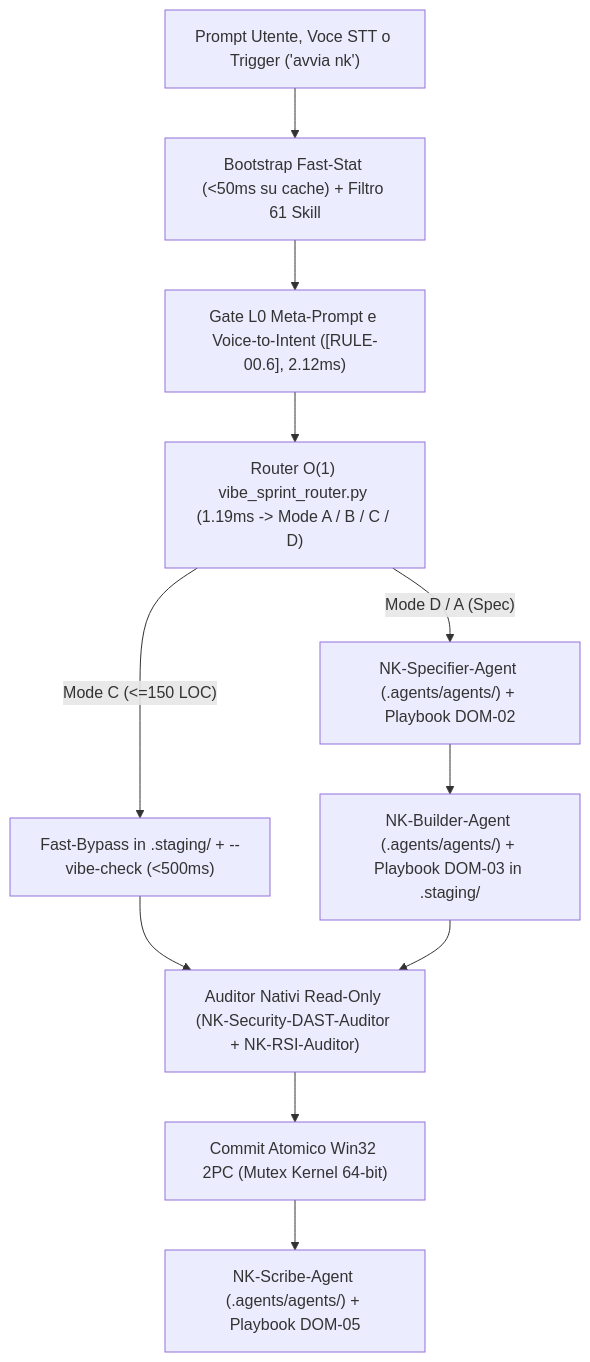
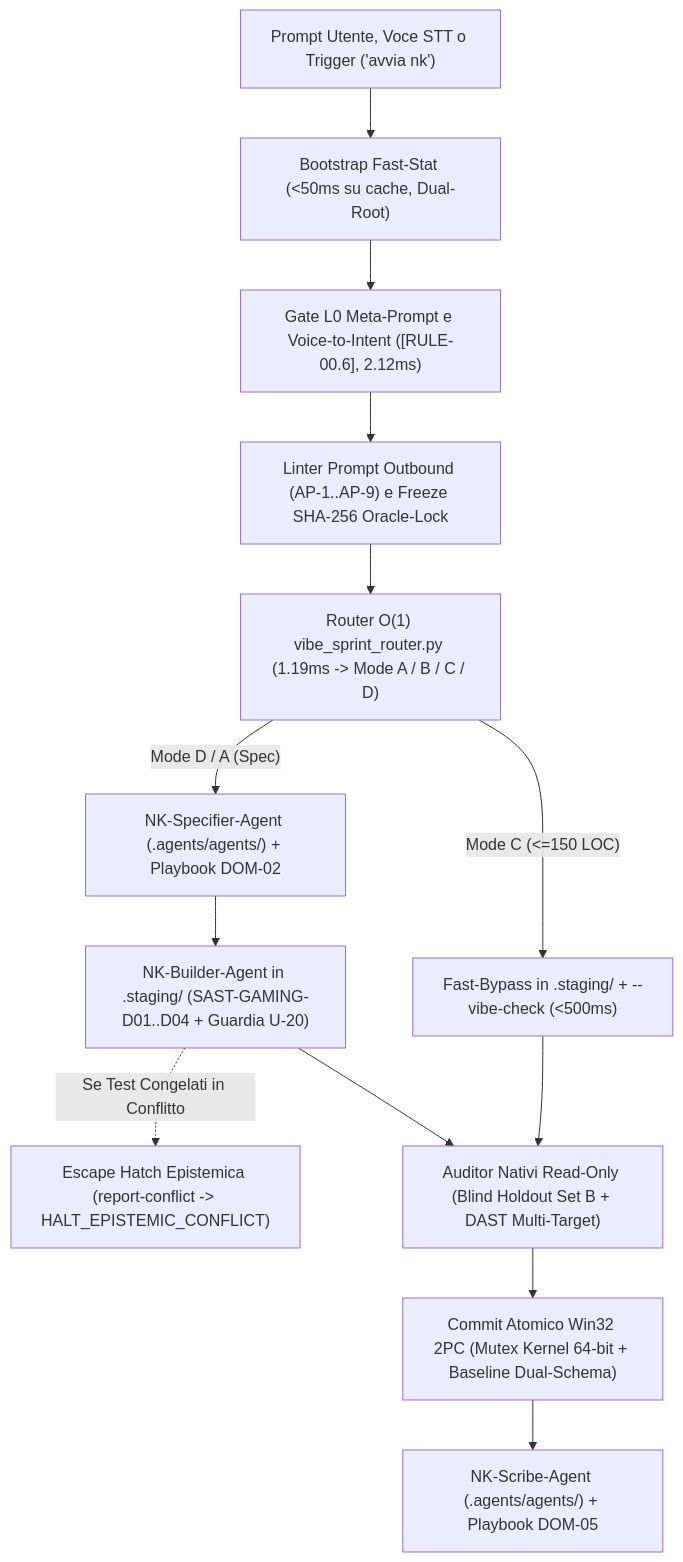
Before and after one commit to erbaldo86/NK-Hub: the first of 2 diagrams in README.it.md, drawn with Mermaid. The commit also changed other lines of this file and 46 other files, not shown here.

Commit message:
feat(hub): release v4.4.0-STE100-Unified Triad-RSI & Epistemic Honesty

````diff
--- a/README.it.md
+++ b/README.it.md
@@ -83,13 +109,15 @@
 ```mermaid
 flowchart TD
-    U["Prompt Utente, Voce STT o Trigger ('avvia nk')"] --> B["Bootstrap Fast-Stat (<50ms su cache) + Filtro 61 Skill"]
+    U["Prompt Utente, Voce STT o Trigger ('avvia nk')"] --> B["Bootstrap Fast-Stat (<50ms su cache, Dual-Root)"]
     B --> G0["Gate L0 Meta-Prompt e Voice-to-Intent ([RULE-00.6], 2.12ms)"]
-    G0 --> R["Router O(1) vibe_sprint_router.py (1.19ms -> Mode A / B / C / D)"]
+    G0 --> LINT["Linter Prompt Outbound (AP-1..AP-9) e Freeze SHA-256 Oracle-Lock"]
+    LINT --> R["Router O(1) vibe_sprint_router.py (1.19ms -> Mode A / B / C / D)"]
     R -->|"Mode C (<=150 LOC)"| FB["Fast-Bypass in .staging/ + --vibe-check (<500ms)"]
     R -->|"Mode D / A (Spec)"| A1["NK-Specifier-Agent (.agents/agents/) + Playbook DOM-02"]
-    A1 --> A2["NK-Builder-Agent (.agents/agents/) + Playbook DOM-03 in .staging/"]
-    FB --> A3["Auditor Nativi Read-Only (NK-Security-DAST-Auditor + NK-RSI-Auditor)"]
+    A1 --> A2["NK-Builder-Agent in .staging/ (SAST-GAMING-D01..D04 + Guardia U-20)"]
+    A2 -.->|"Se Test Congelati in Conflitto"| EH["Escape Hatch Epistemica (report-conflict -> HALT_EPISTEMIC_CONFLICT)"]
+    FB --> A3["Auditor Nativi Read-Only (Blind Holdout Set B + DAST Multi-Target)"]
     A2 --> A3
-    A3 --> C["Commit Atomico Win32 2PC (Mutex Kernel 64-bit)"]
+    A3 --> C["Commit Atomico Win32 2PC (Mutex Kernel 64-bit + Baseline Dual-Schema)"]
     C --> A4["NK-Scribe-Agent (.agents/agents/) + Playbook DOM-05"]
 ```
````
